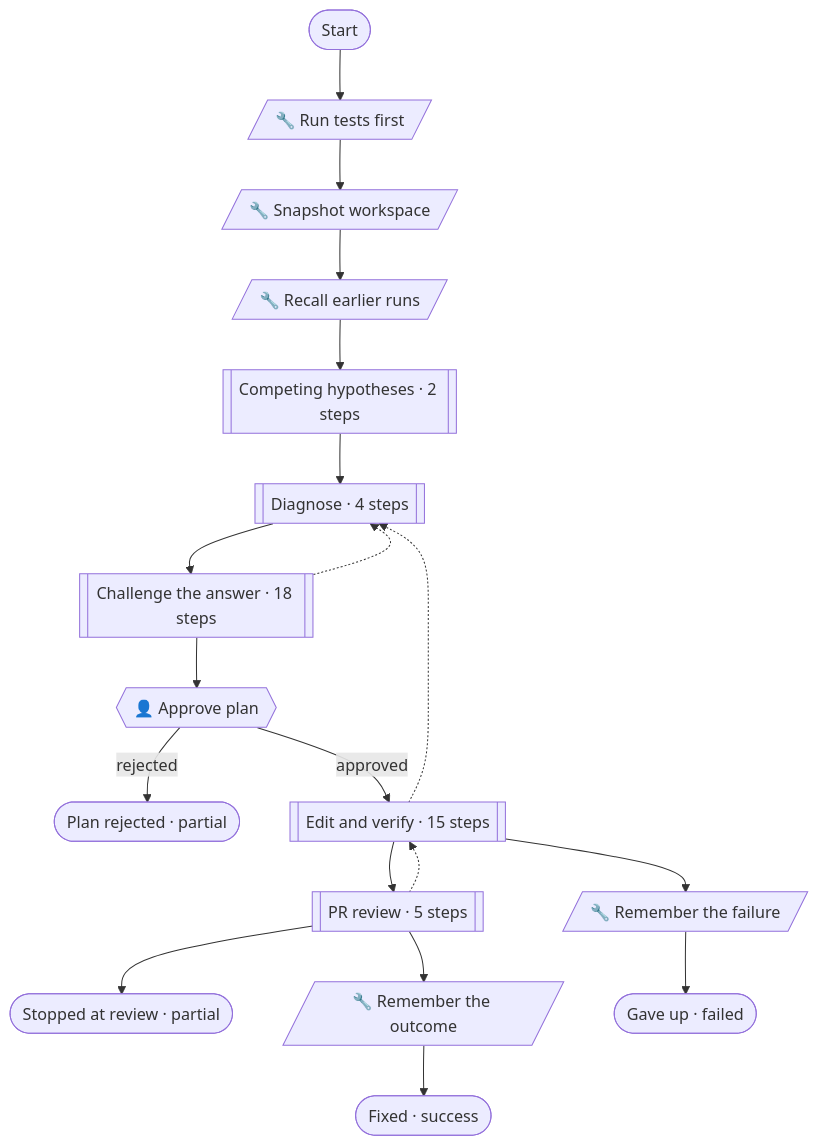
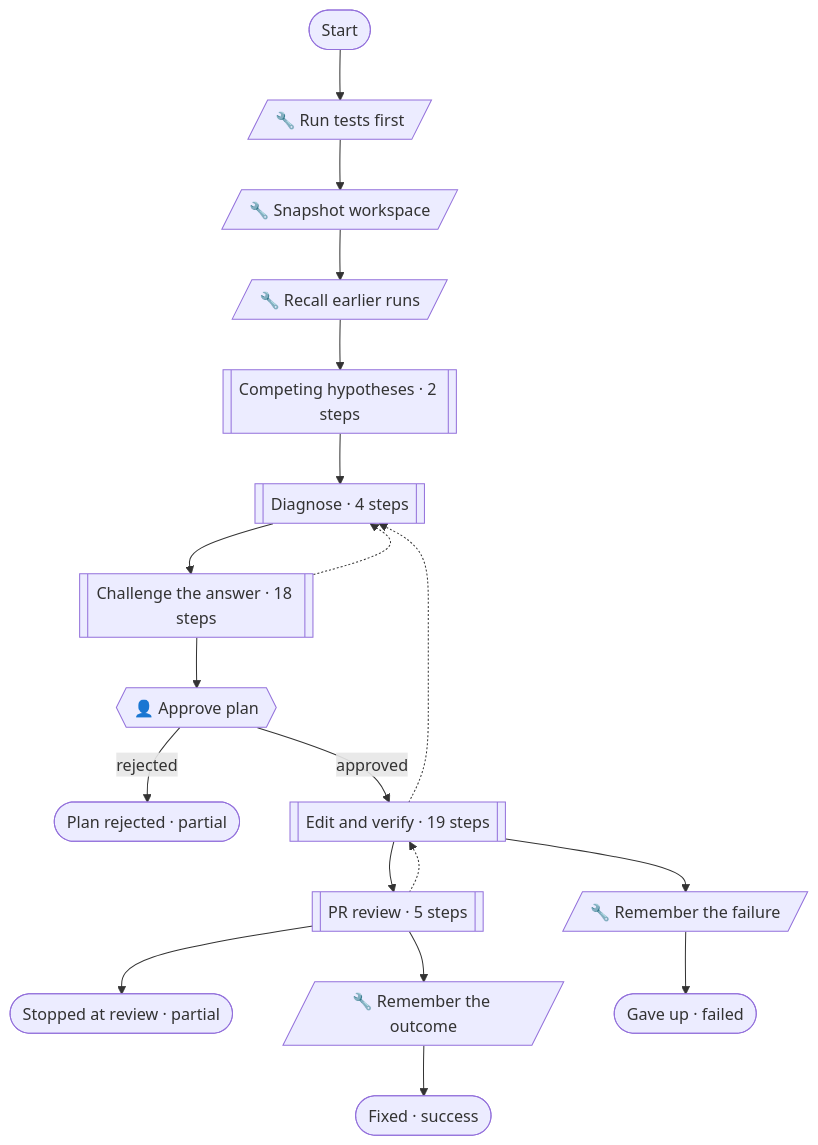
Before and after one commit to pirty6/symphony-core: the second of 7 diagrams in docs/patterns.md, drawn with Mermaid. The commit also changed other lines of this file and 7 other files, not shown here.

First line of the commit message:
edit and verify: one edit budget, lint only after green, re-run before ENVIRONMENT, a person on the reviewed patch

````diff
--- a/docs/patterns.md
+++ b/docs/patterns.md
@@ -175,37 +175,37 @@
 ```mermaid
 flowchart TD
   n_start(["Start"])
   n_baseline[/"🔧 Run tests first"/]
   n_snapshot[/"🔧 Snapshot workspace"/]
   n_recall[/"🔧 Recall earlier runs"/]
   n_approve{{"👤 Approve plan"}}
   n_reviewStopped(["Stopped at review · partial"])
   n_learnFixed[/"🔧 Remember the outcome"/]
   n_learnFailed[/"🔧 Remember the failure"/]
   n_fixed(["Fixed · success"])
   n_gaveUp(["Gave up · failed"])
   n_rejected(["Plan rejected · partial"])
   n_hypothesesPhase[["Competing hypotheses · 2 steps"]]
   n_diagnosePhase[["Diagnose · 4 steps"]]
   n_challengePhase[["Challenge the answer · 18 steps"]]
-  n_editPhase[["Edit and verify · 15 steps"]]
+  n_editPhase[["Edit and verify · 19 steps"]]
   n_prReviewPhase[["PR review · 5 steps"]]
   n_start --> n_baseline
   n_baseline --> n_snapshot
   n_snapshot --> n_recall
   n_recall --> n_hypothesesPhase
   n_learnFixed --> n_fixed
   n_learnFailed --> n_gaveUp
   n_hypothesesPhase --> n_diagnosePhase
   n_diagnosePhase --> n_challengePhase
   n_challengePhase --> n_approve
   n_challengePhase -.-> n_diagnosePhase
   n_approve -->|"approved"| n_editPhase
   n_approve -->|"rejected"| n_rejected
   n_editPhase --> n_prReviewPhase
   n_editPhase --> n_learnFailed
   n_editPhase -.-> n_diagnosePhase
   n_prReviewPhase --> n_learnFixed
   n_prReviewPhase -.-> n_editPhase
   n_prReviewPhase --> n_reviewStopped
 ```
````
